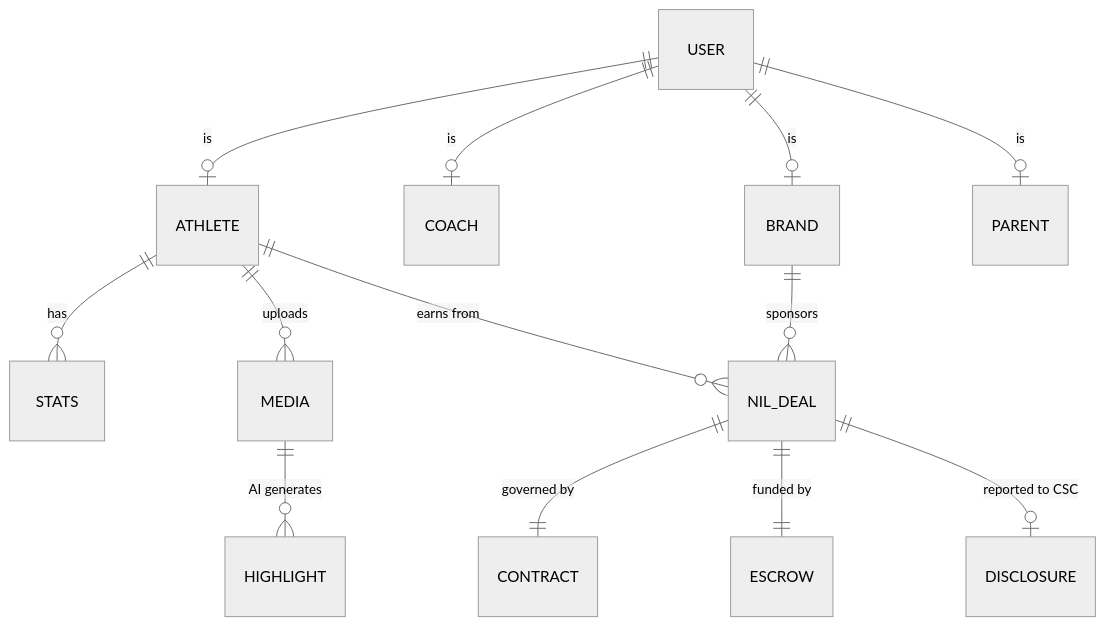
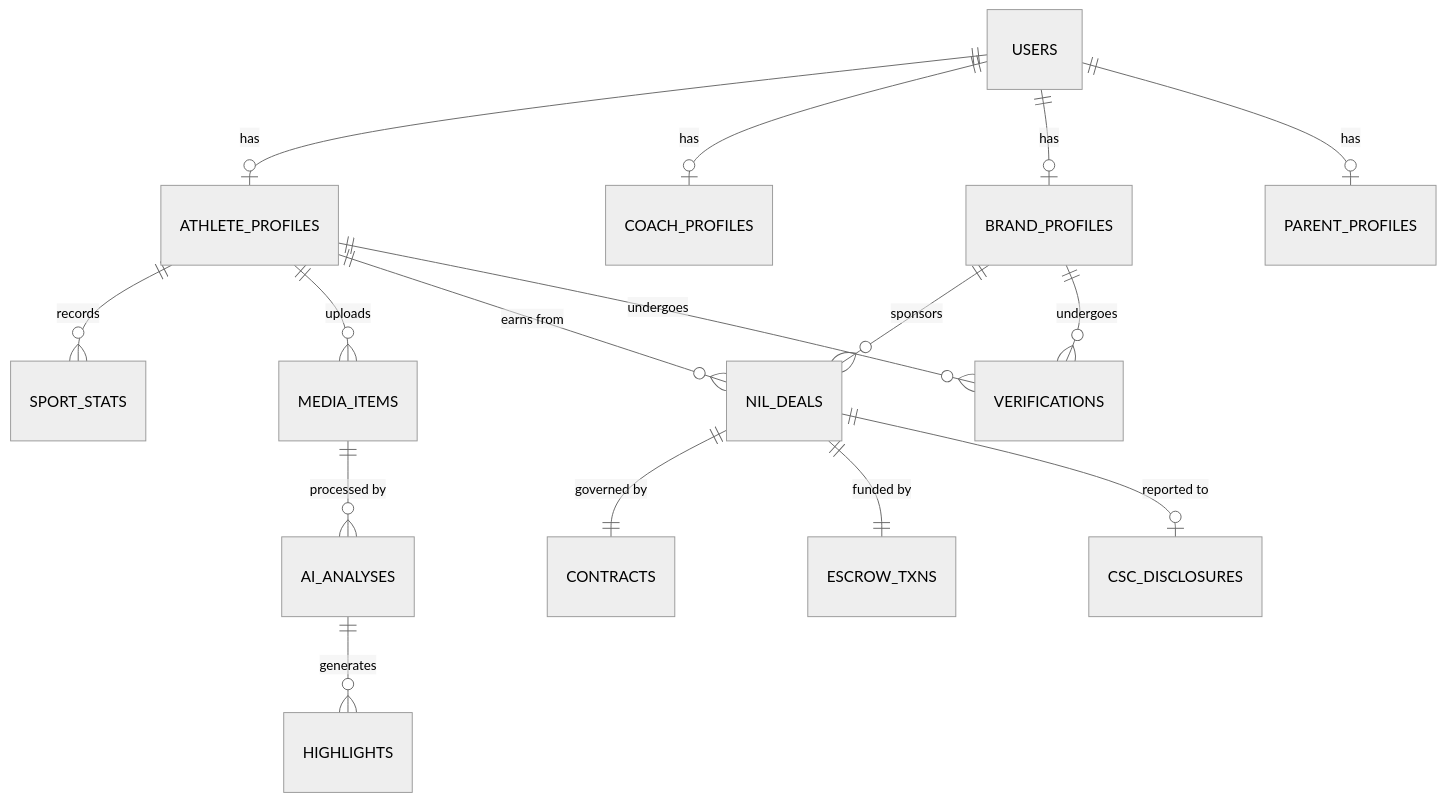
Before and after one commit to huttonbenj/The-Prowler: the eighth of 18 diagrams in STRATEGY.md, drawn with Mermaid (neutral theme). The commit also changed other lines of this file, not shown here.

Commit message:
Complete strategy rebuild: verified pricing, itemized hours, architecture diagrams

````diff
--- a/STRATEGY.md
+++ b/STRATEGY.md
@@ -189,19 +200,22 @@
 ```mermaid
 erDiagram
-    USER ||--o| ATHLETE : "is"
-    USER ||--o| COACH : "is"
-    USER ||--o| BRAND : "is"
-    USER ||--o| PARENT : "is"
+    USERS ||--o| ATHLETE_PROFILES : "has"
+    USERS ||--o| COACH_PROFILES : "has"
+    USERS ||--o| BRAND_PROFILES : "has"
+    USERS ||--o| PARENT_PROFILES : "has"
 
-    ATHLETE ||--o{ STATS : "has"
-    ATHLETE ||--o{ MEDIA : "uploads"
-    ATHLETE ||--o{ NIL_DEAL : "earns from"
+    ATHLETE_PROFILES ||--o{ SPORT_STATS : "records"
+    ATHLETE_PROFILES ||--o{ MEDIA_ITEMS : "uploads"
+    ATHLETE_PROFILES ||--o{ NIL_DEALS : "earns from"
+    ATHLETE_PROFILES ||--o{ VERIFICATIONS : "undergoes"
 
-    BRAND ||--o{ NIL_DEAL : "sponsors"
+    BRAND_PROFILES ||--o{ NIL_DEALS : "sponsors"
+    BRAND_PROFILES ||--o{ VERIFICATIONS : "undergoes"
 
-    NIL_DEAL ||--|| CONTRACT : "governed by"
-    NIL_DEAL ||--|| ESCROW : "funded by"
-    NIL_DEAL ||--o| DISCLOSURE : "reported to CSC"
+    NIL_DEALS ||--|| CONTRACTS : "governed by"
+    NIL_DEALS ||--|| ESCROW_TXNS : "funded by"
+    NIL_DEALS ||--o| CSC_DISCLOSURES : "reported to"
 
-    MEDIA ||--o{ HIGHLIGHT : "AI generates"
+    MEDIA_ITEMS ||--o{ AI_ANALYSES : "processed by"
+    AI_ANALYSES ||--o{ HIGHLIGHTS : "generates"
 ```
````
